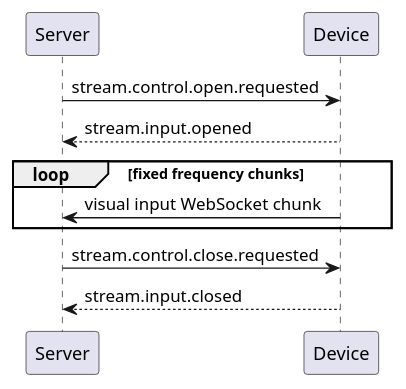
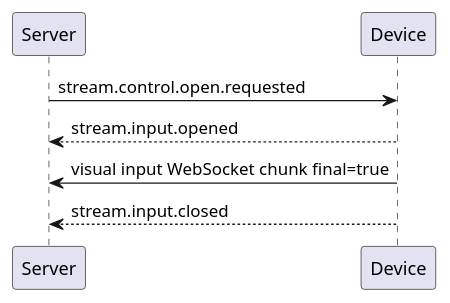
Before and after one commit to HengeLiu/RealtimeAgent: the diagram in protocol/docs/protocol.md, drawn with PlantUML. The commit also changed other lines of this file and 4 other files, not shown here.

````diff
--- a/protocol/docs/protocol.md
+++ b/protocol/docs/protocol.md
@@ -196,14 +195,11 @@
 ```plantuml
 @startuml
 participant Server
 participant Device
 
 Server -> Device: stream.control.open.requested
 Device --> Server: stream.input.opened
-loop fixed frequency chunks
-  Device -> Server: visual input WebSocket chunk
-end
-Server -> Device: stream.control.close.requested
+Device -> Server: visual input WebSocket chunk final=true
 Device --> Server: stream.input.closed
 @enduml
 ```
````
